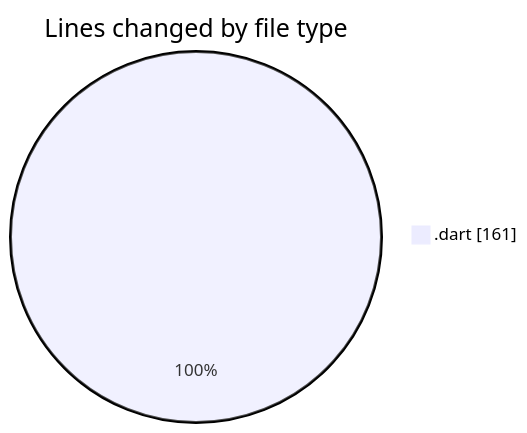
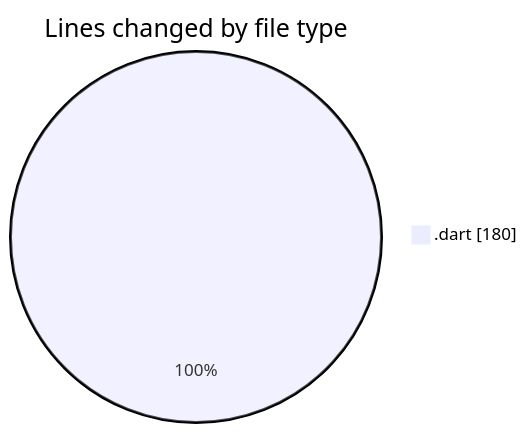
One commit to donsfak/code-tracking changed the first of 2 diagrams in 2025-03-25/wordle/README.md. Above: the diagram before and after it, drawn with Mermaid. The commit also changed other lines of this file and 1 other file, not shown here.

````diff
--- a/2025-03-25/wordle/README.md
+++ b/2025-03-25/wordle/README.md
@@ -23,5 +24,5 @@
 ```mermaid
 pie showData
 title Lines changed by file type
-".dart" : 161
+".dart" : 180
 ```
````
